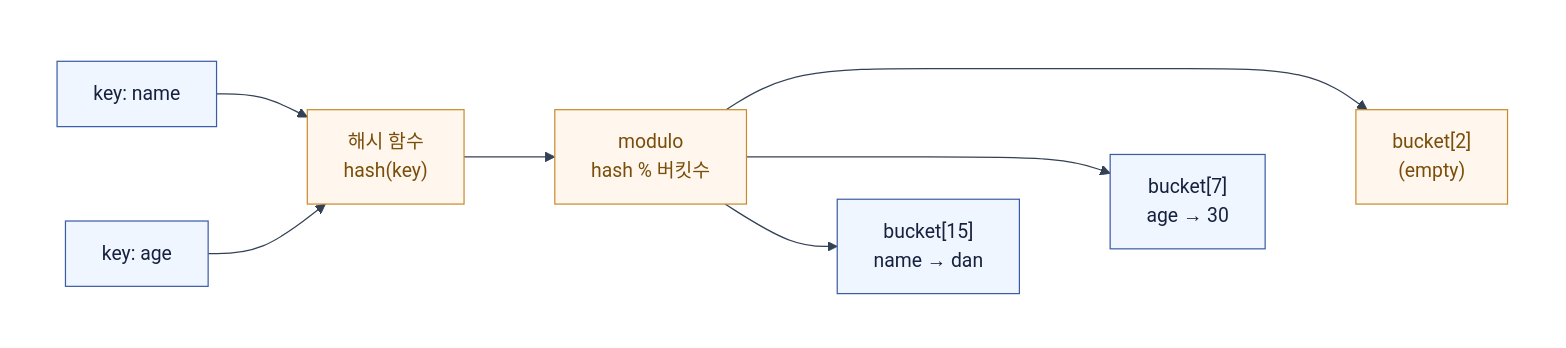
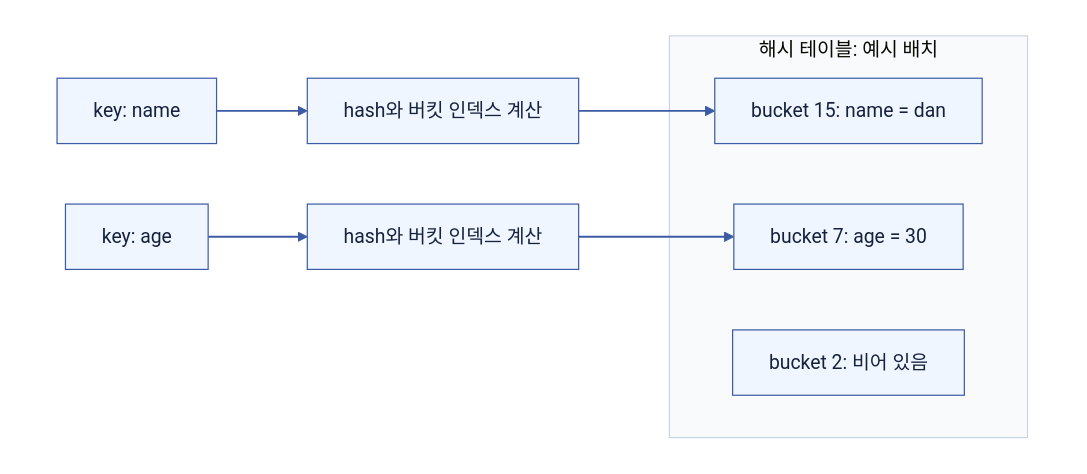
Before and after one commit to Hyune-s-lab/my-ai-study: the diagram in computer-science/2607-data-structure.md, drawn with Mermaid. The commit also changed 28 other files, not shown here.

Commit message:
docs: Mermaid 호환성과 문서 가독성 개선

````diff
--- a/computer-science/2607-data-structure.md
+++ b/computer-science/2607-data-structure.md
@@ -93,38 +93,23 @@
 ```mermaid
----
-config:
-  theme: base
-  darkMode: false
-  look: classic
-  themeVariables:
-    background: "#ffffff"
-    primaryColor: "#ffffff"
-    primaryTextColor: "#111827"
-    primaryBorderColor: "#475569"
-    lineColor: "#334155"
-    edgeLabelBackground: "#ffffff"
----
 flowchart LR
+%%{init: {"theme": "base", "darkMode": false, "themeVariables": {"background": "#ffffff", "primaryColor": "#EFF6FF", "primaryTextColor": "#16213E", "primaryBorderColor": "#3B5BA5", "secondaryColor": "#F0FDF4", "tertiaryColor": "#FAF5FF", "lineColor": "#3B5BA5", "textColor": "#16213E", "edgeLabelBackground": "#ffffff", "clusterBkg": "#F8FAFC", "clusterBorder": "#CBD5E1"}}}%%
   subgraph canvas[" "]
     direction LR
-    K1["key: name"]:::app
-    K2["key: age"]:::app
-    HF["해시 함수<br/>hash(key)"]:::ctrl
-    MOD["modulo<br/>hash % 버킷수"]:::ctrl
-    B1["bucket[15]<br/>name → dan"]:::app
-    B2["bucket[7]<br/>age → 30"]:::app
-    B3["bucket[2]<br/>(empty)"]:::ctrl
-
-    K1 --> HF
-    K2 --> HF
-    HF --> MOD
-    MOD --> B1
-    MOD --> B2
-    MOD --> B3
-    B1 ~~~ B2 ~~~ B3
+    name["key: name"] --> hn["hash와 버킷 인덱스 계산"]
+    age["key: age"] --> ha["hash와 버킷 인덱스 계산"]
+    subgraph buckets["해시 테이블: 예시 배치"]
+      b15["bucket 15: name = dan"]
+      b7["bucket 7: age = 30"]
+      b2["bucket 2: 비어 있음"]
+    end
+    hn --> b15
+    ha --> b7
   end
-
+  style canvas fill:#ffffff,stroke:#ffffff,color:#111827
+  linkStyle default stroke:#3B5BA5,stroke-width:1.5px
   classDef app fill:#EFF6FF,stroke:#3B5BA5,stroke-width:1px,color:#16213E
-  classDef ctrl fill:#FFF7ED,stroke:#C98A2B,stroke-width:1px,color:#7A4E0A
-  style canvas fill:#ffffff,stroke:#ffffff,stroke-width:0px,color:#111827
+  class name,hn,age,ha,b15,b7,b2 app
+  classDef db fill:#F0FDF4,stroke:#3F8E55,stroke-width:1px,color:#16213E
+  classDef policy fill:#FAF5FF,stroke:#A855F7,stroke-width:1px,color:#16213E
+  classDef worker fill:#FFF7ED,stroke:#C98A2B,stroke-width:1px,color:#16213E
 ```
````
